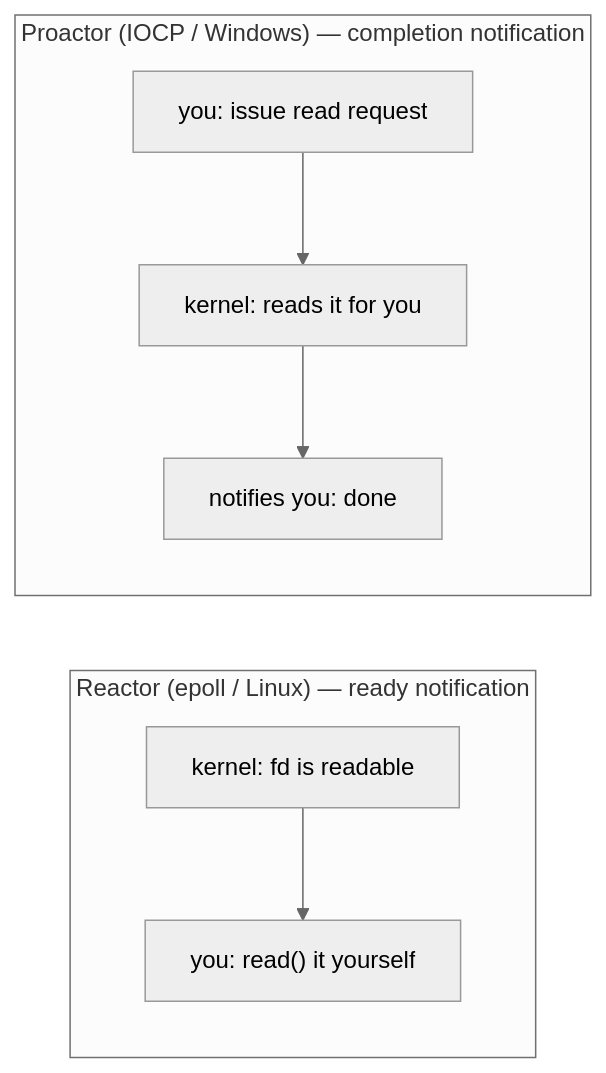
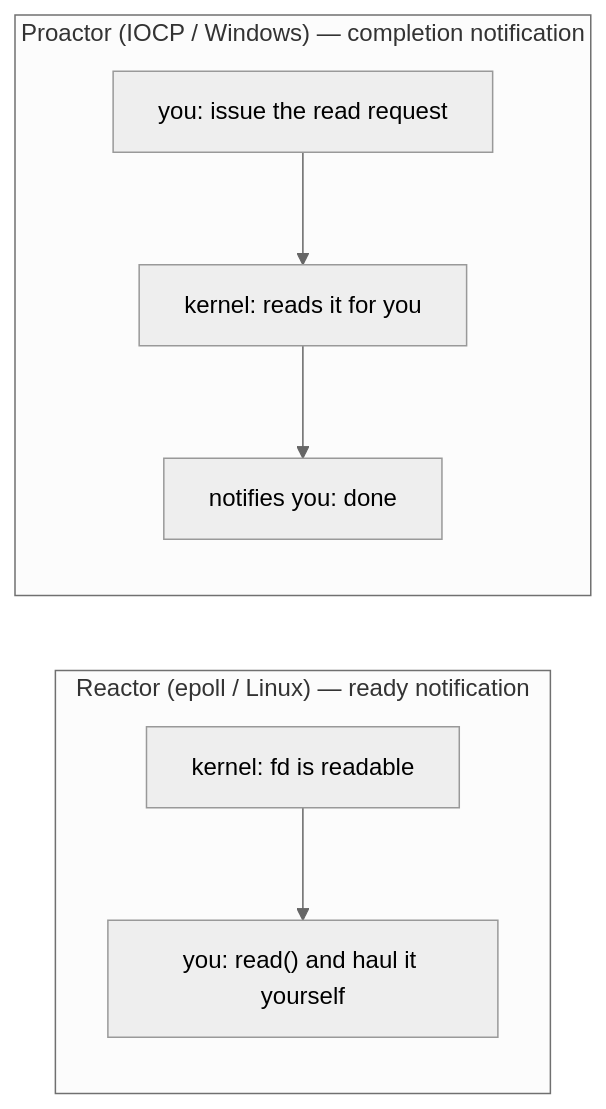
The second of 2 diagrams in documents/en/vol8-domains/networking/03-reactor-pattern.md (Awesome-Embedded-Learning-Studio/Tutorial_AwesomeModernCPP), drawn with Mermaid (neutral theme) before and after one commit. The commit also changed other lines of this file and 605 other files, not shown here.

````diff
--- a/documents/en/vol8-domains/networking/03-reactor-pattern.md
+++ b/documents/en/vol8-domains/networking/03-reactor-pattern.md
@@ -121,9 +127,9 @@
 ```mermaid
 flowchart LR
     subgraph Reactor["Reactor (epoll / Linux) — ready notification"]
-        R1["kernel: fd is readable"] --> R2["you: read() it yourself"]
+        R1["kernel: fd is readable"] --> R2["you: read() and haul it yourself"]
     end
     subgraph Proactor["Proactor (IOCP / Windows) — completion notification"]
-        P1["you: issue read request"] --> P2["kernel: reads it for you"] --> P3["notifies you: done"]
+        P1["you: issue the read request"] --> P2["kernel: reads it for you"] --> P3["notifies you: done"]
     end
 ```
````
